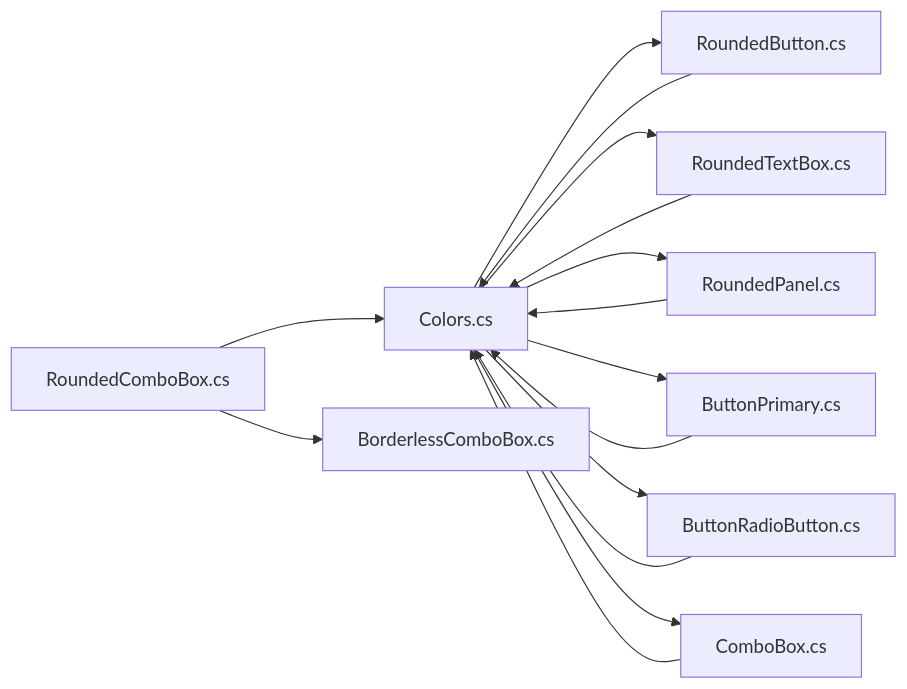
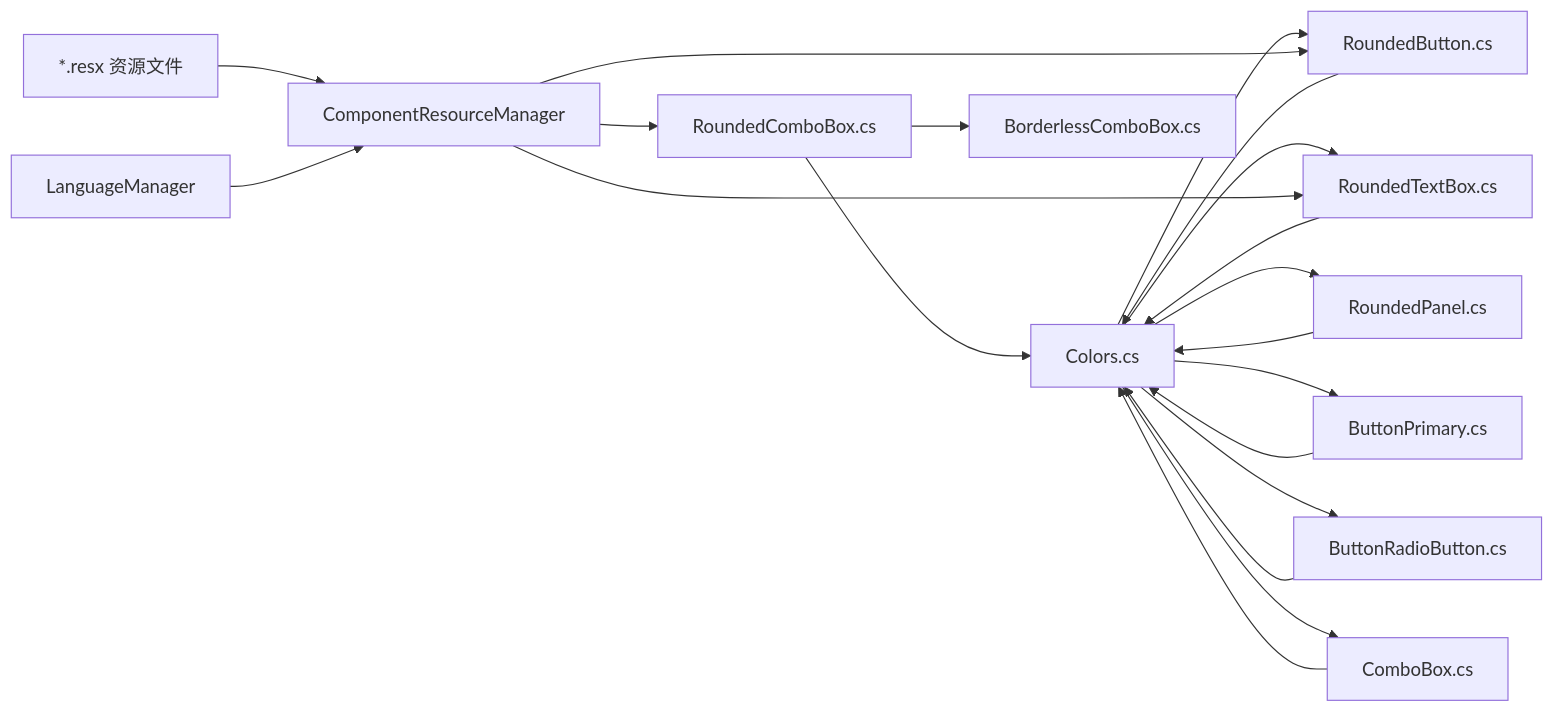
Before and after one commit to tea4go/Macro-Deck: the tenth of 10 diagrams in .qoder/repowiki/zh/content/图形用户界面/自定义控件/自定义控件.md, drawn with Mermaid. The commit also changed other lines of this file and 32 other files, not shown here.

````diff
--- a/.qoder/repowiki/zh/content/图形用户界面/自定义控件/自定义控件.md
+++ b/.qoder/repowiki/zh/content/图形用户界面/自定义控件/自定义控件.md
@@ -431,17 +527,22 @@
 ```mermaid
 graph LR
 Colors["Colors.cs"] --> RB["RoundedButton.cs"]
 Colors --> RTB["RoundedTextBox.cs"]
 Colors --> RP["RoundedPanel.cs"]
 Colors --> BP["ButtonPrimary.cs"]
 Colors --> BRB["ButtonRadioButton.cs"]
 Colors --> CB["ComboBox.cs"]
+RES["*.resx 资源文件"] --> CRM["ComponentResourceManager"]
+CRM --> RB
+CRM --> RTB
+CRM --> RCB
+LM["LanguageManager"] --> CRM
 RCB["RoundedComboBox.cs"] --> BLCB["BorderlessComboBox.cs"]
 RCB --> Colors
 RB --> Colors
 RTB --> Colors
 RP --> Colors
 BP --> Colors
 BRB --> Colors
 CB --> Colors
 ```
````
